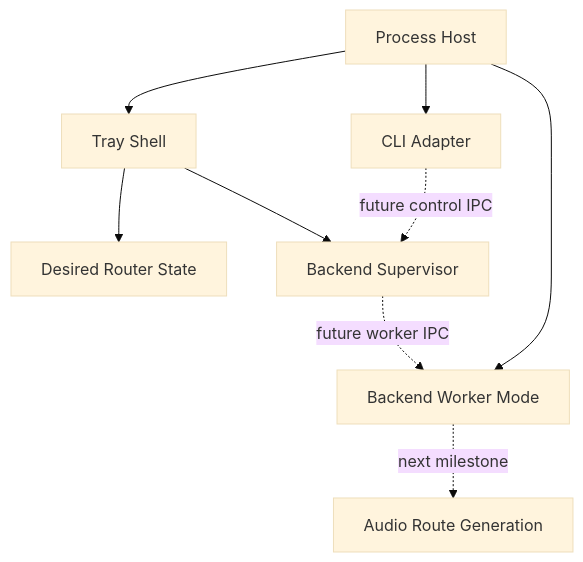
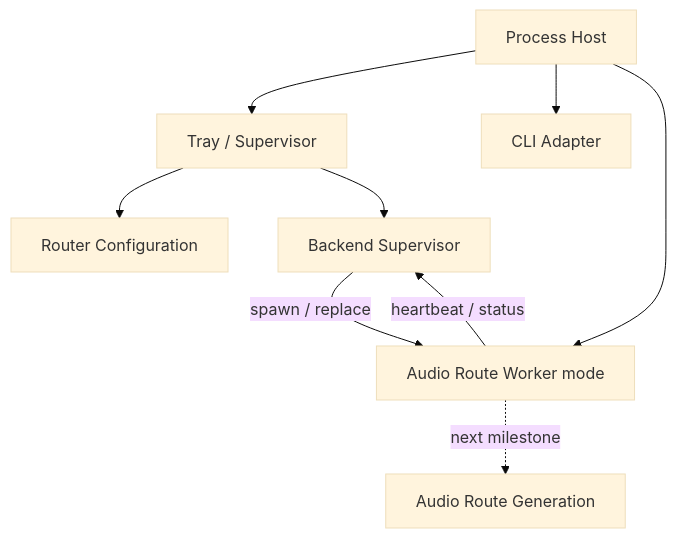
Before and after one commit to STanJK/LE-Audio-Relay: the diagram in README.md, drawn with Mermaid (base theme). The commit also changed other lines of this file and 8 other files, not shown here.

````diff
--- a/README.md
+++ b/README.md
@@ -25,14 +41,13 @@
 ```mermaid
 flowchart TD
-    Host["Process Host"] --> Shell["Tray Shell"]
+    Host["Process Host"] --> Shell["Tray / Supervisor"]
     Host --> CLI["CLI Adapter"]
-    Host --> Worker["Backend Worker Mode"]
+    Host --> Worker["Audio Route Worker mode"]
 
-    Shell --> Desired["Desired Router State"]
+    Shell --> Config["Router Configuration"]
     Shell --> Supervisor["Backend Supervisor"]
-
-    CLI -. future control IPC .-> Supervisor
-    Supervisor -. future worker IPC .-> Worker
+    Supervisor -->|"spawn / replace"| Worker
+    Worker -->|"heartbeat / status"| Supervisor
 
     Worker -. next milestone .-> Route["Audio Route Generation"]
 ```
````
